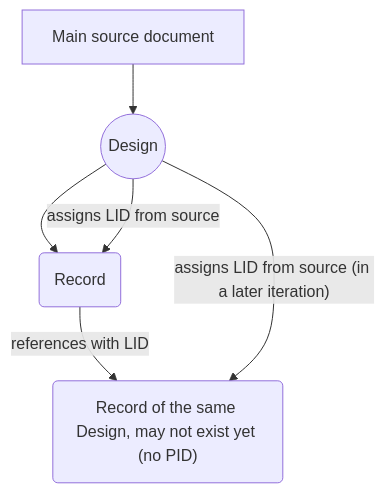
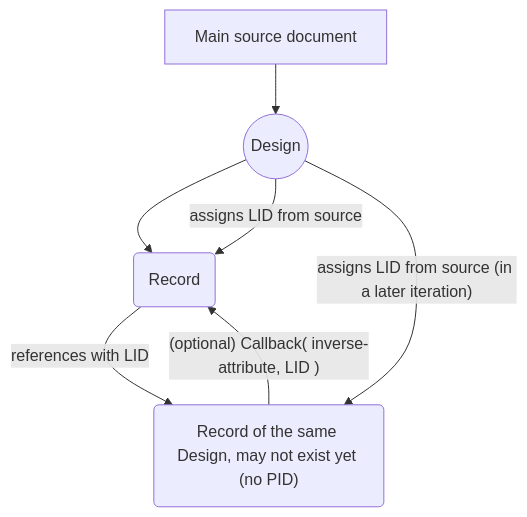
One commit to kit-data-manager/fair-do-designer changed the seventh of 10 diagrams in doc/information_flow.md. Above: the diagram before and after it, drawn with Mermaid. The commit also changed other lines of this file, not shown here.

Commit message:
doc: fix callback notes

````diff
--- a/doc/information_flow.md
+++ b/doc/information_flow.md
@@ -93,9 +93,10 @@
 ```mermaid
 graph TD;
 doc1[Main source document] --> d((Design));
 d --> r1(Record);
 d -- assigns LID from source --> r1
 
 r1 -- references with LID --> r2("Record of the same Design, may not exist yet (no PID)")
+r2 --"(optional) Callback( inverse-attribute, LID )"--> r1
 d -- assigns LID from source (in a later iteration) --> r2
 ```
````
